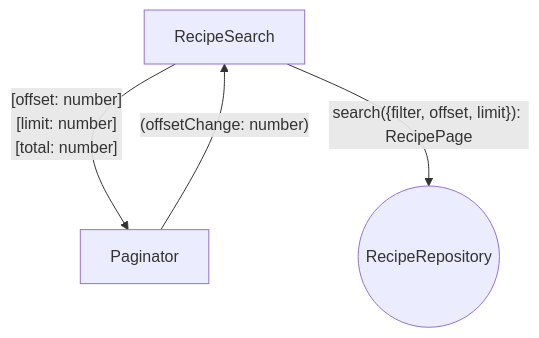
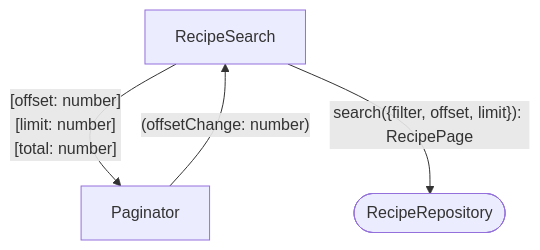
The first of 2 diagrams in design-docs/001-recipe-pagination.md (yjaaidi/kitchen), drawn with Mermaid before and after one commit.

Commit message:
docs: 📝 clarify recipe pagination diagram

````diff
--- a/design-docs/001-recipe-pagination.md
+++ b/design-docs/001-recipe-pagination.md
@@ -38,8 +38,8 @@
 ```mermaid
 flowchart TD
-  RecipeRepository(("RecipeRepository"))
+  RecipeRepository(["RecipeRepository"])
 
   RecipeSearch -->|"[offset: number]<br>[limit: number]<br>[total: number]"| Paginator
   Paginator -->|"(offsetChange: number)"| RecipeSearch
   RecipeSearch -->|"search({filter, offset, limit}): RecipePage"| RecipeRepository
 ```
````
